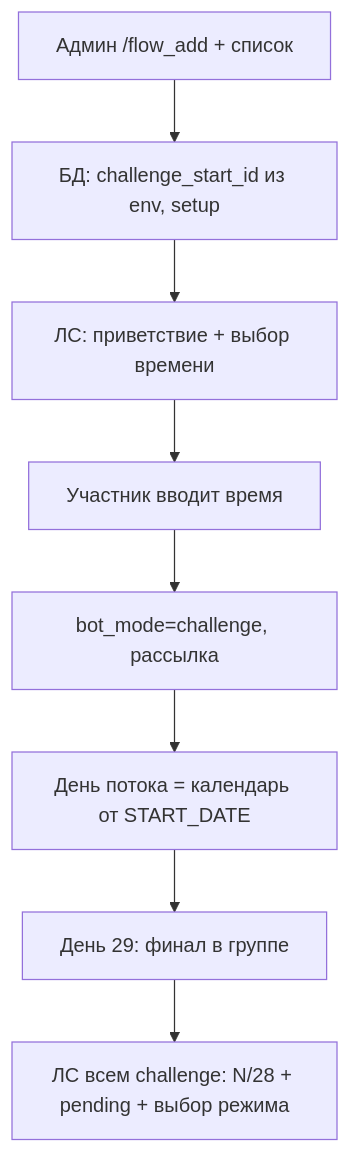
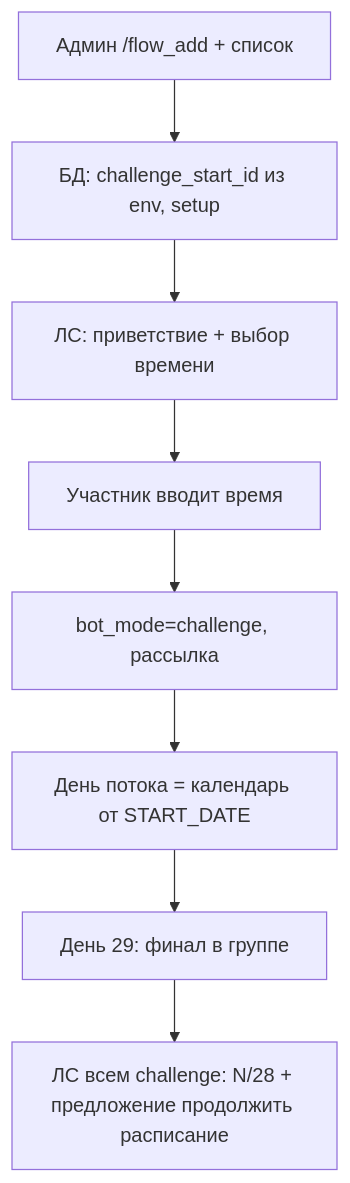
Before and after one commit to strello4ka/YogaDailyBot: the second of 2 diagrams in README.md, drawn with Mermaid. The commit also changed other lines of this file and 38 other files, not shown here.

````diff
--- a/README.md
+++ b/README.md
@@ -504,15 +504,15 @@
 ```mermaid
 flowchart TD
   admin["Админ /flow_add + список"]
   dbSetup["БД: challenge_start_id из env, setup"]
   dmWelcome["ЛС: приветствие + выбор времени"]
   userTime["Участник вводит время"]
   active["bot_mode=challenge, рассылка"]
   cohortDay["День потока = календарь от START_DATE"]
   day29["День 29: финал в группе"]
-  autoOff["ЛС всем challenge: N/28 + pending + выбор режима"]
+  autoOff["ЛС всем challenge: N/28 + предложение продолжить расписание"]
 
   admin --> dbSetup --> dmWelcome --> userTime --> active
   active --> cohortDay
   cohortDay --> day29 --> autoOff
 ```
````
